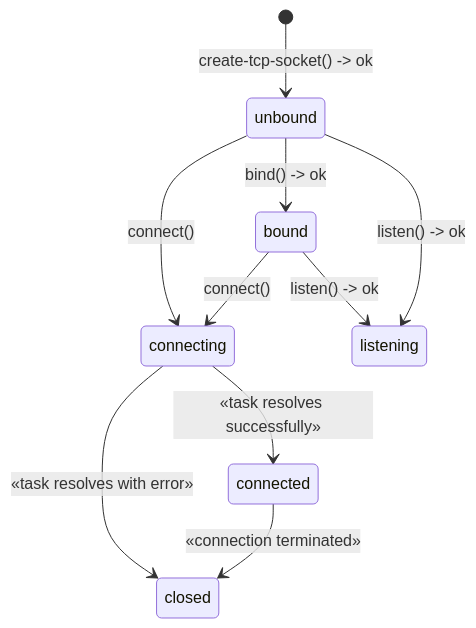
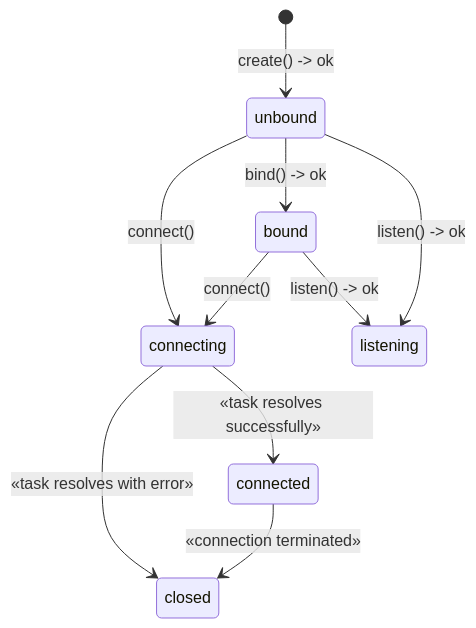
One commit to WebAssembly/WASI changed the diagram in proposals/sockets/TcpSocketOperationalSemantics-0.3.0-draft.md. Above: the diagram before and after it, drawn with Mermaid. The commit also changed 2 other files, not shown here.

Commit message:
sockets: Update documentation (#884)
* Update sockets documentation:
- Limit the prose to about 80 characters per line.
- Describe POSIX equivalents of the error codes.
- Removed outdated `stream` info from:
    - `resolve-addresses`
    - `tcp-socket::receive`
- Describe shared ownership semantics of sockets and their streams/futures as we landed on in https://github.com/WebAssembly/WASI/pull/870
- Capture the "lessons learned" so far:
    - TCP & UDP `connect` may update the socket's local address. See https://github.com/bytecodealliance/wasmtime/issues/12589
    - TCP `bind` should always set SO_REUSEADDR. See https://github.com/bytecodealliance/wasmtime/issues/12402
    - send/receive buffer sizes may be dynamically adjusted by the OS. See https://github.com/bytecodealliance/wasmtime/issues/12561
    - Windows does not perform an implicit bind on UDP `send`.

* Update proposals/sockets/wit-0.3.0-draft/types.wit

* Apply suggestions from code review

---------

````diff
--- a/proposals/sockets/TcpSocketOperationalSemantics-0.3.0-draft.md
+++ b/proposals/sockets/TcpSocketOperationalSemantics-0.3.0-draft.md
@@ -26,23 +26,23 @@
 ```mermaid
 stateDiagram-v2
     state "unbound" as Unbound
     state "bound" as Bound
     state "connecting" as Connecting
     state "connected" as Connected
     state "listening" as Listening
     state "closed" as Closed
 
 
-    [*] --> Unbound: create-tcp-socket() -> ok
+    [*] --> Unbound: create() -> ok
     Unbound --> Bound: bind() -> ok
     Unbound --> Connecting: connect()
 
     Connecting --> Connected: «task resolves successfully»
     Connecting --> Closed: «task resolves with error»
 
     Connected --> Closed: «connection terminated»
 
     Bound --> Connecting: connect()
     Bound --> Listening: listen() -> ok
     Unbound --> Listening: listen() -> ok
 ```
````
